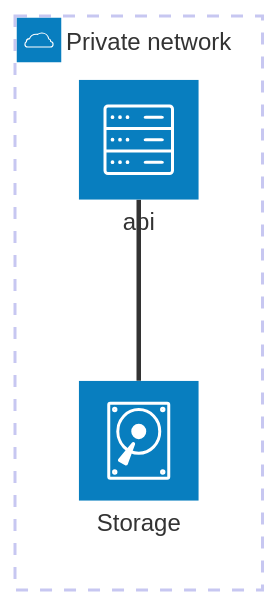
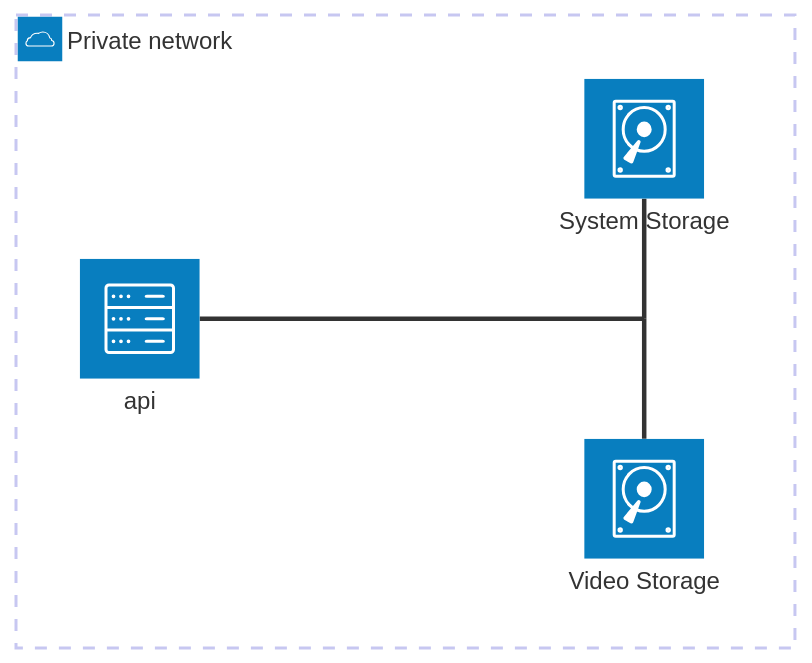
Before and after one commit to bugbundle/phantom: the diagram in README.md, drawn with Mermaid.

Commit message:
docs: add new disk and junction in diagram

````diff
--- a/README.md
+++ b/README.md
@@ -6,7 +6,13 @@
 ```mermaid
 architecture-beta
     group vpn(cloud)[Private network]
+    junction disksplit
+
     service api(server)[api] in vpn
-    service disk1(disk)[Storage] in vpn
-    disk1:T -- B:api
+    service os(disk)[System Storage] in vpn
+    service storage(disk)[Video Storage] in vpn
+
+    api:R -- L:disksplit
+    os:B -- T:disksplit
+    storage:T -- B:disksplit
 ```
````
